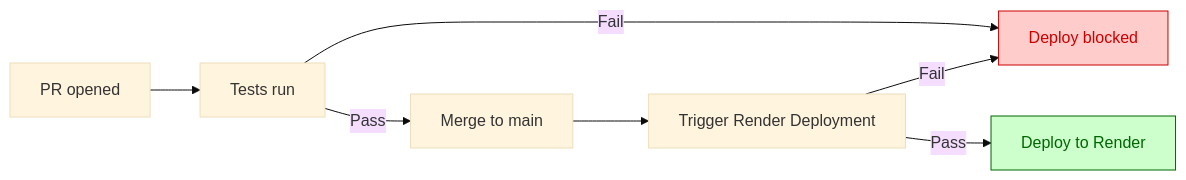
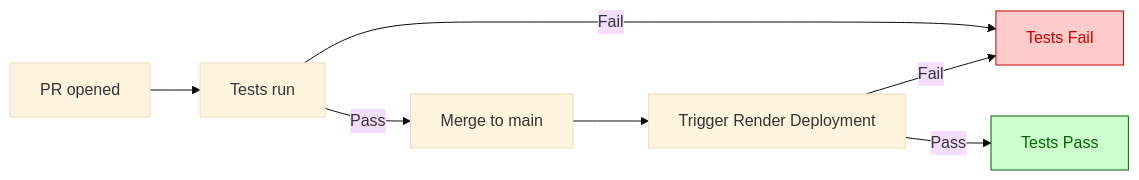
One commit to erinep/local_budget changed the diagram in README.md. Above: the diagram before and after it, drawn with Mermaid (base theme).

Commit message:
update mermaid diagram

````diff
--- a/README.md
+++ b/README.md
@@ -62,14 +62,14 @@
 ```mermaid
 flowchart LR
     A[PR opened] --> B[Tests run]
-    B -->|Fail| C[Deploy blocked]
+    B -->|Fail| C[Tests Fail]
     B -->|Pass| D[Merge to main]
     D --> E[Trigger Render Deployment]
     E -->|Fail| C
-    E -->|Pass| F[Deploy to Render]
+    E -->|Pass| F[Tests Pass]
 
     classDef blocked fill:#ffcccc,stroke:#cc0000,color:#cc0000
     classDef deploy fill:#ccffcc,stroke:#006600,color:#006600
     class C blocked
     class F deploy
 ```
````
